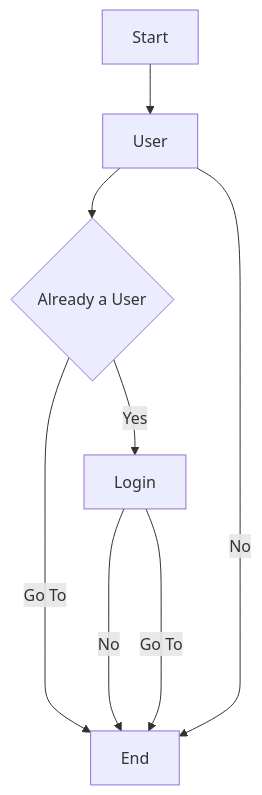
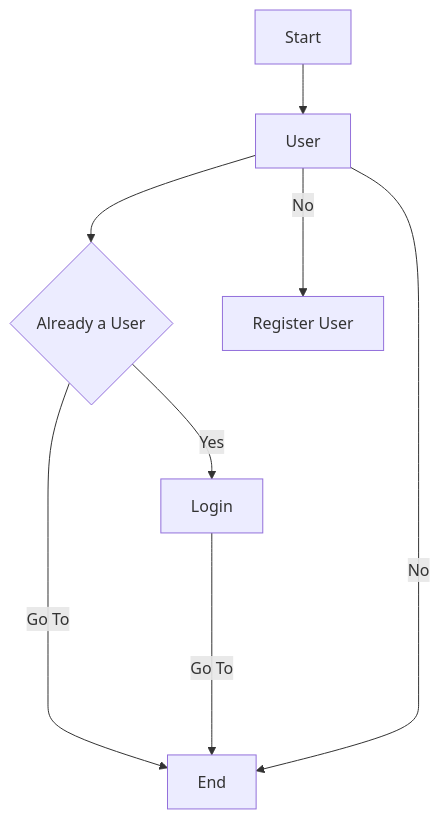
One commit to awaistechbrainz03/graph-check changed the diagram in readme.md. Above: the diagram before and after it, drawn with Mermaid.

````diff
--- a/readme.md
+++ b/readme.md
@@ -1,10 +1,10 @@
 ```mermaid
 flowchart TD
     A[Start] --> B[User]
     B --> C{Already a User}
     C --> |Yes| D[Login]
-    C ----> |Go To| E[End]
-    D --> |No| E[Register User]
-    D ----> |Go To| E[End]
-    B ---->|No| E[End]
+    C ----> |Go To| F[End]
+    B --> |No| E[Register User]
+    D ----> |Go To| F[End]
+    B ---->|No| F[End]
 ```
````
